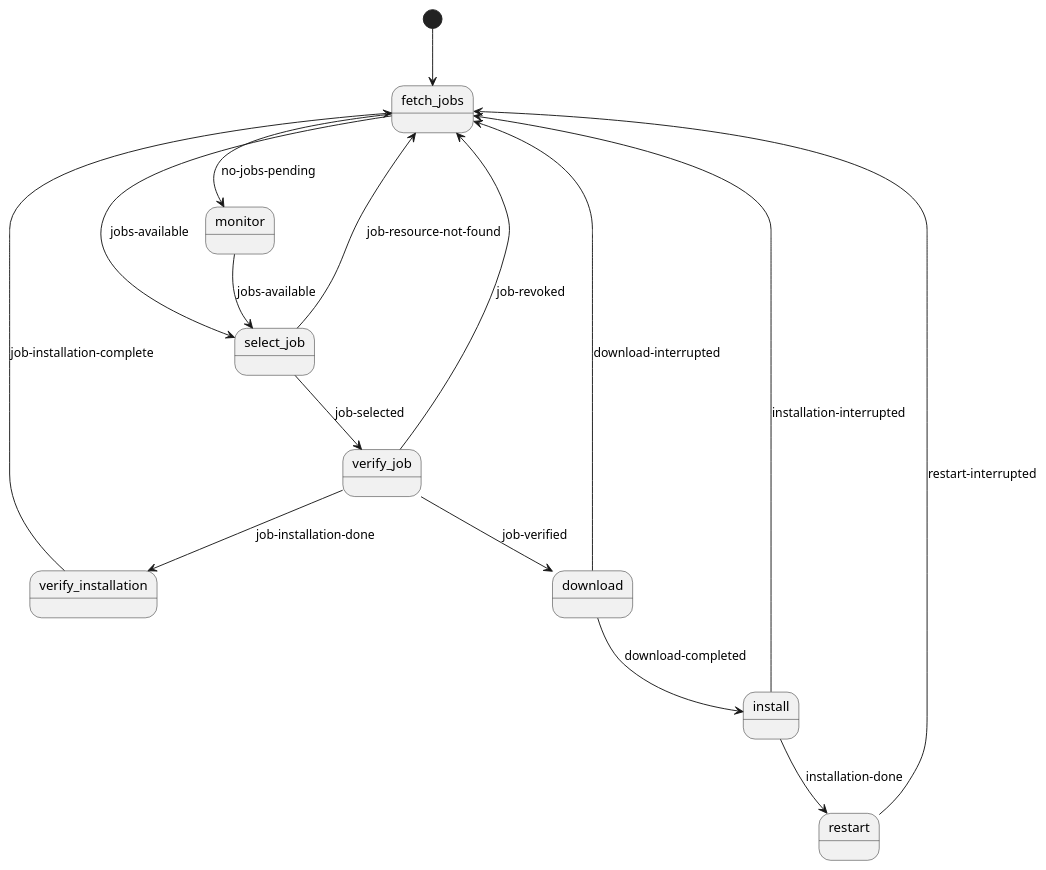
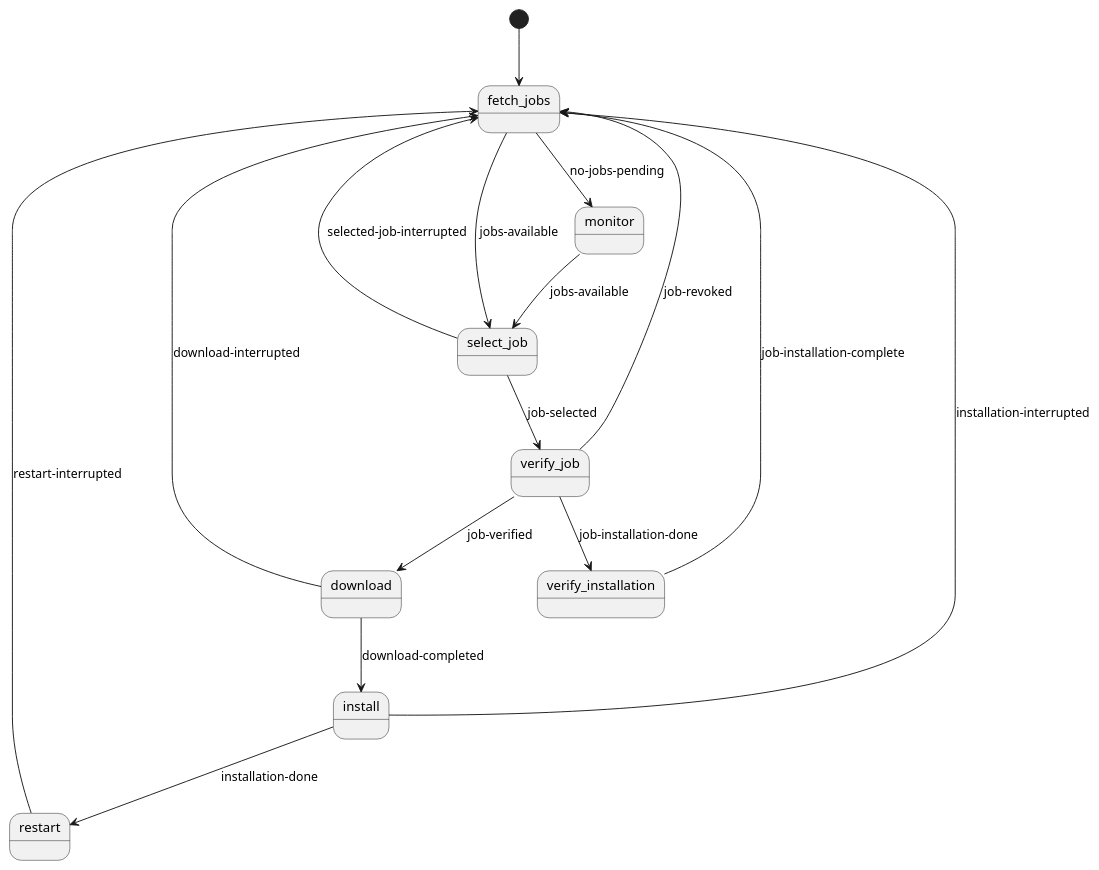
One commit to caruhome/upparat changed the diagram in docs/statemachine.puml. Above: the diagram before and after it, drawn with PlantUML. The commit also changed 1 other file, not shown here.

Commit message:
chore: update state machine diagram

```diff
--- a/docs/statemachine.puml
+++ b/docs/statemachine.puml
@@ -1,27 +1,25 @@
 @startuml
 [*] --> fetch_jobs
-
+state verify_job
+state restart
+state download
 state verify_installation
-
 state fetch_jobs
 state monitor
+state install
 state select_job
-state verify_job
-state download
-state install
-state restart
     fetch_jobs --> monitor: no-jobs-pending
     fetch_jobs --> select_job: jobs-available
     monitor --> select_job: jobs-available
     select_job --> verify_job: job-selected
-    select_job --> fetch_jobs: job-resource-not-found
+    select_job --> fetch_jobs: selected-job-interrupted
     verify_job --> download: job-verified
     verify_job --> fetch_jobs: job-revoked
     verify_job --> verify_installation: job-installation-done
     verify_installation --> fetch_jobs: job-installation-complete
     download --> fetch_jobs: download-interrupted
     download --> install: download-completed
     install --> fetch_jobs: installation-interrupted
     install --> restart: installation-done
     restart --> fetch_jobs: restart-interrupted
 @enduml
```
